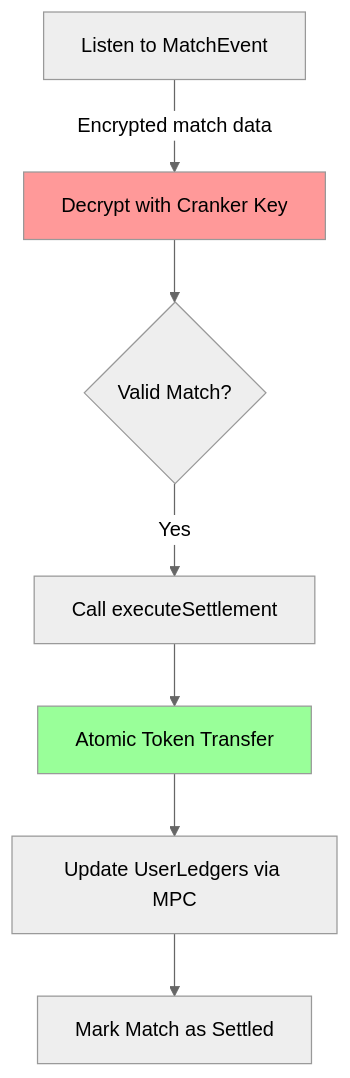
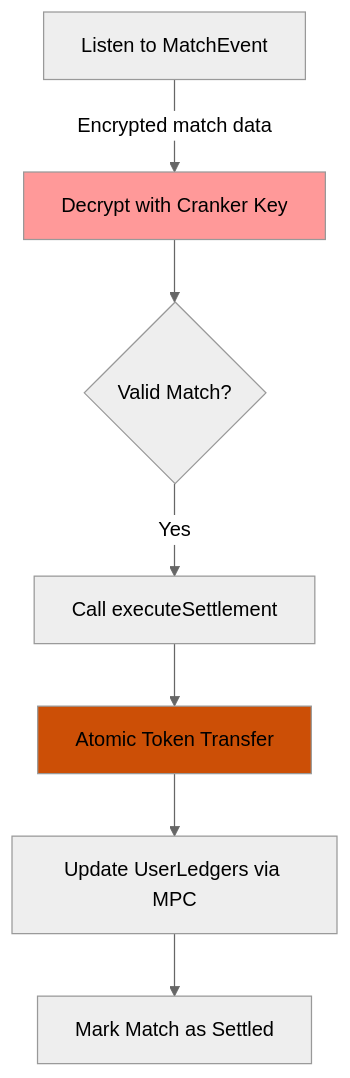
Before and after one commit to SiphonMoney/matching-engine: the fourth of 8 diagrams in TECHNICAL_OVERVIEW_PRESENTATION.md, drawn with Mermaid (neutral theme). The commit also changed other lines of this file, not shown here.

Commit message:
change colors in diagrams

````diff
--- a/TECHNICAL_OVERVIEW_PRESENTATION.md
+++ b/TECHNICAL_OVERVIEW_PRESENTATION.md
@@ -86,12 +86,12 @@
 ```mermaid
 graph TB
     A[Listen to MatchEvent] -->|Encrypted match data| B[Decrypt with Cranker Key]
     B --> C{Valid Match?}
     C -->|Yes| D[Call executeSettlement]
     D --> E[Atomic Token Transfer]
     E --> F[Update UserLedgers via MPC]
     F --> G[Mark Match as Settled]
     
     style B fill:#f99
-    style E fill:#9f9
+    style E fill:#cc4f06
 ```
````
